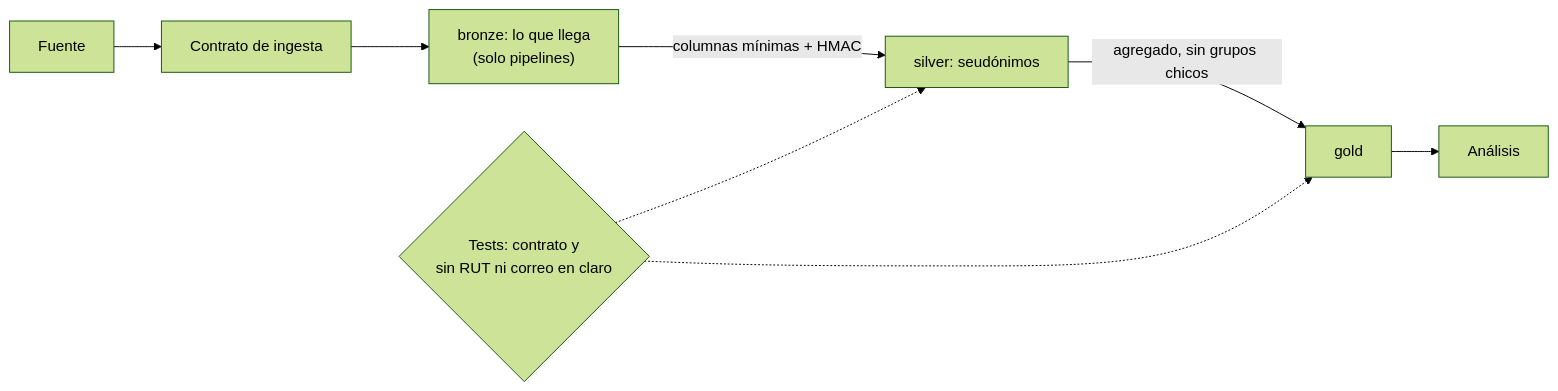
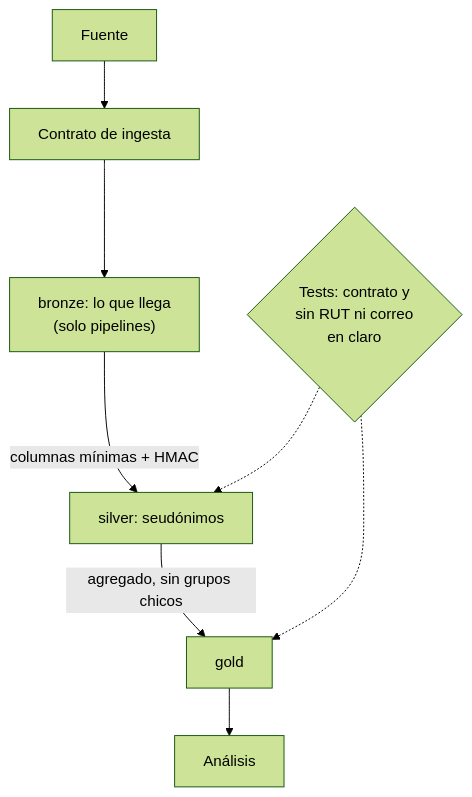
One commit to fcp4891/de-knowledge-hub changed the diagram in content/concepts/data-minimization-by-layer.md. Above: the diagram before and after it, drawn with Mermaid (forest theme). The commit also changed other lines of this file and 8 other files, not shown here.

````diff
--- a/content/concepts/data-minimization-by-layer.md
+++ b/content/concepts/data-minimization-by-layer.md
@@ -177,10 +177,10 @@
 ```mermaid
-flowchart LR
+flowchart TB
   F["Fuente"] --> K["Contrato de ingesta"]
   K --> B["bronze: lo que llega<br/>(solo pipelines)"]
   B -- "columnas mínimas + HMAC" --> S["silver: seudónimos"]
   S -- "agregado, sin grupos chicos" --> G["gold"]
   G --> A["Análisis"]
-  T{"Tests: contrato y<br/>sin RUT ni correo en claro"} -.-> S
+  T{"Tests: contrato y<br/>sin RUT ni correo<br/>en claro"} -.-> S
   T -.-> G
 ```
````
